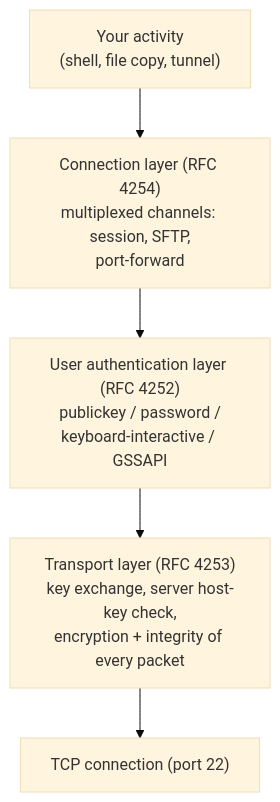
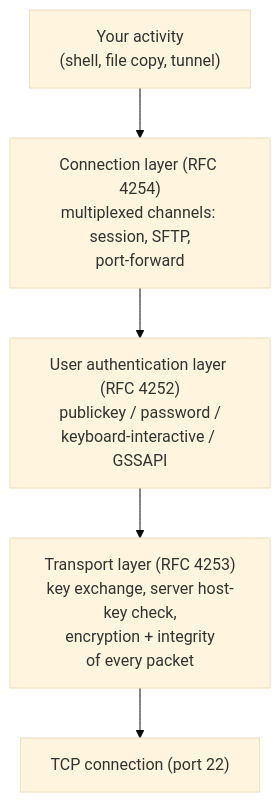
One commit to morandeirachema/WallixCerts changed the first of 4 diagrams in protocols/ssh.md. Above: the diagram before and after it, drawn with Mermaid (base theme). The commit also changed 35 other files, not shown here.

First line of the commit message:
Tidy Mermaid boxes: balanced wrapping at a narrower width (36)

````diff
--- a/protocols/ssh.md
+++ b/protocols/ssh.md
@@ -61,12 +61,12 @@
 ```mermaid
 flowchart TB
   app["Your activity<br/>(shell, file copy, tunnel)"]
   conn["Connection layer (RFC 4254)<br/>multiplexed channels: session, SFTP,<br/>port-forward"]
   auth["User authentication layer (RFC 4252)<br/>publickey / password /<br/>keyboard-interactive / GSSAPI"]
-  trans["Transport layer (RFC 4253)<br/>key exchange, server host-key check,<br/>encryption + integrity of every packet"]
+  trans["Transport layer (RFC 4253)<br/>key exchange, server host-key check,<br/>encryption + integrity<br/>of every packet"]
   tcp["TCP connection (port 22)"]
   app --> conn
   conn --> auth
   auth --> trans
   trans --> tcp
 ```
````
